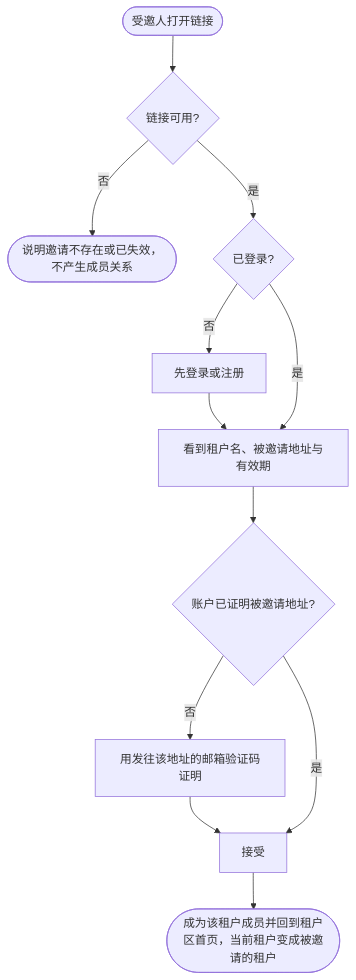
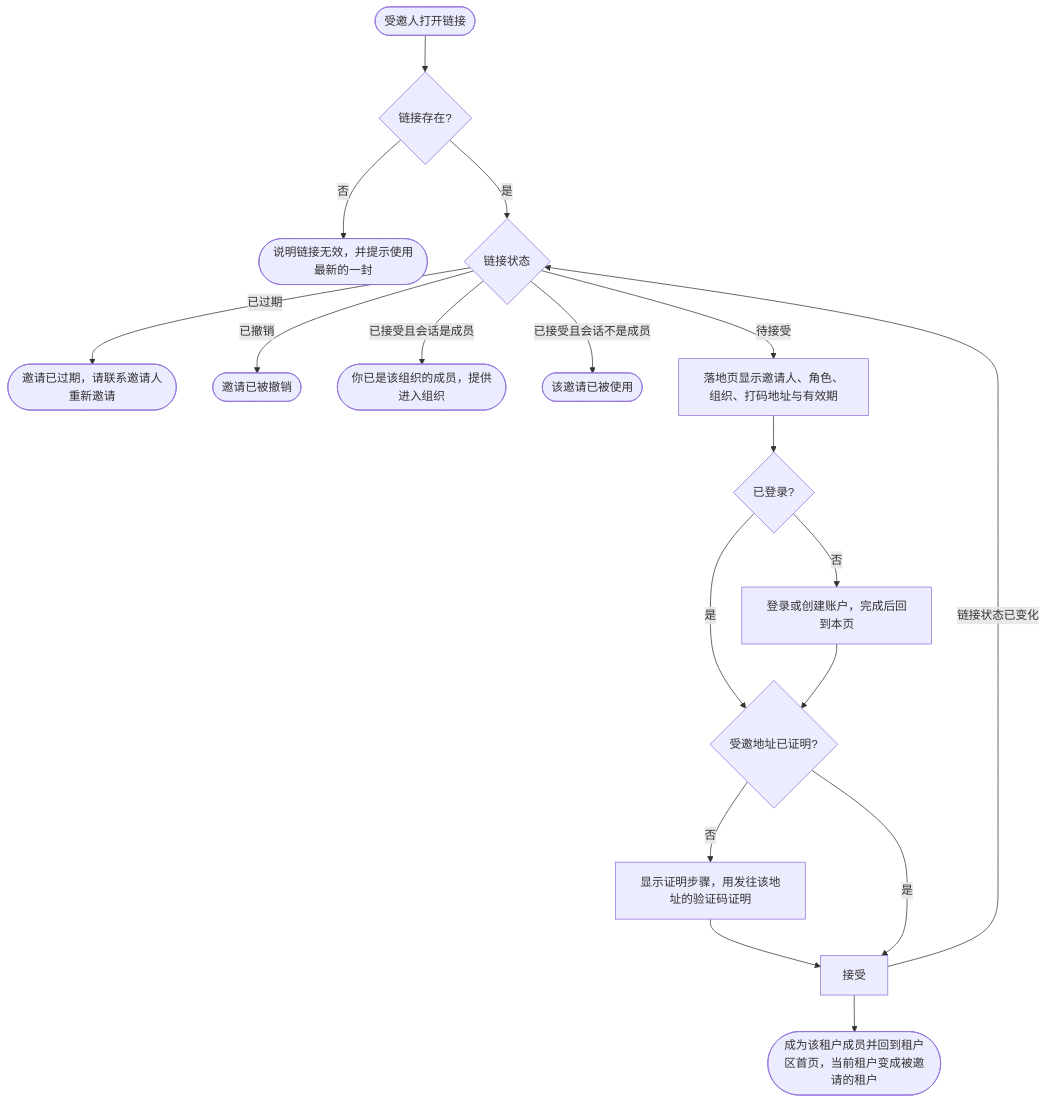
The diagram in docs/prd/journeys/journey-invitation-to-tenant.md (wangzw/speed), drawn with Mermaid before and after one commit. The commit also changed other lines of this file and 185 other files, not shown here.

````diff
--- a/docs/prd/journeys/journey-invitation-to-tenant.md
+++ b/docs/prd/journeys/journey-invitation-to-tenant.md
@@ -40,12 +40,19 @@
 ```mermaid
 flowchart TD
-    open([受邀人打开链接]) --> valid{链接可用?}
-    valid -->|否| invalid([说明邀请不存在或已失效，不产生成员关系])
-    valid -->|是| signed{已登录?}
-    signed -->|否| auth[先登录或注册] --> summary[看到租户名、被邀请地址与有效期]
-    signed -->|是| summary
-    summary --> proven{账户已证明被邀请地址?}
-    proven -->|否| prove[用发往该地址的邮箱验证码证明] --> accept[接受]
-    proven -->|是| accept
+    open([受邀人打开链接]) --> valid{链接存在?}
+    valid -->|否| missing([说明链接无效，并提示使用最新的一封])
+    valid -->|是| state{链接状态}
+    state -->|已过期| expired([邀请已过期，请联系邀请人重新邀请])
+    state -->|已撤销| revoked([邀请已被撤销])
+    state -->|已接受且会话是成员| member([你已是该组织的成员，提供进入组织])
+    state -->|已接受且会话不是成员| used([该邀请已被使用])
+    state -->|待接受| landing[落地页显示邀请人、角色、组织、打码地址与有效期]
+    landing --> signed{已登录?}
+    signed -->|否| auth[登录或创建账户，完成后回到本页]
+    signed -->|是| proven{受邀地址已证明?}
+    auth --> proven
+    proven -->|否| prove[显示证明步骤，用发往该地址的验证码证明] --> accept
+    proven -->|是| accept[接受]
     accept --> joined([成为该租户成员并回到租户区首页，当前租户变成被邀请的租户])
+    accept -->|链接状态已变化| state
 ```
````
